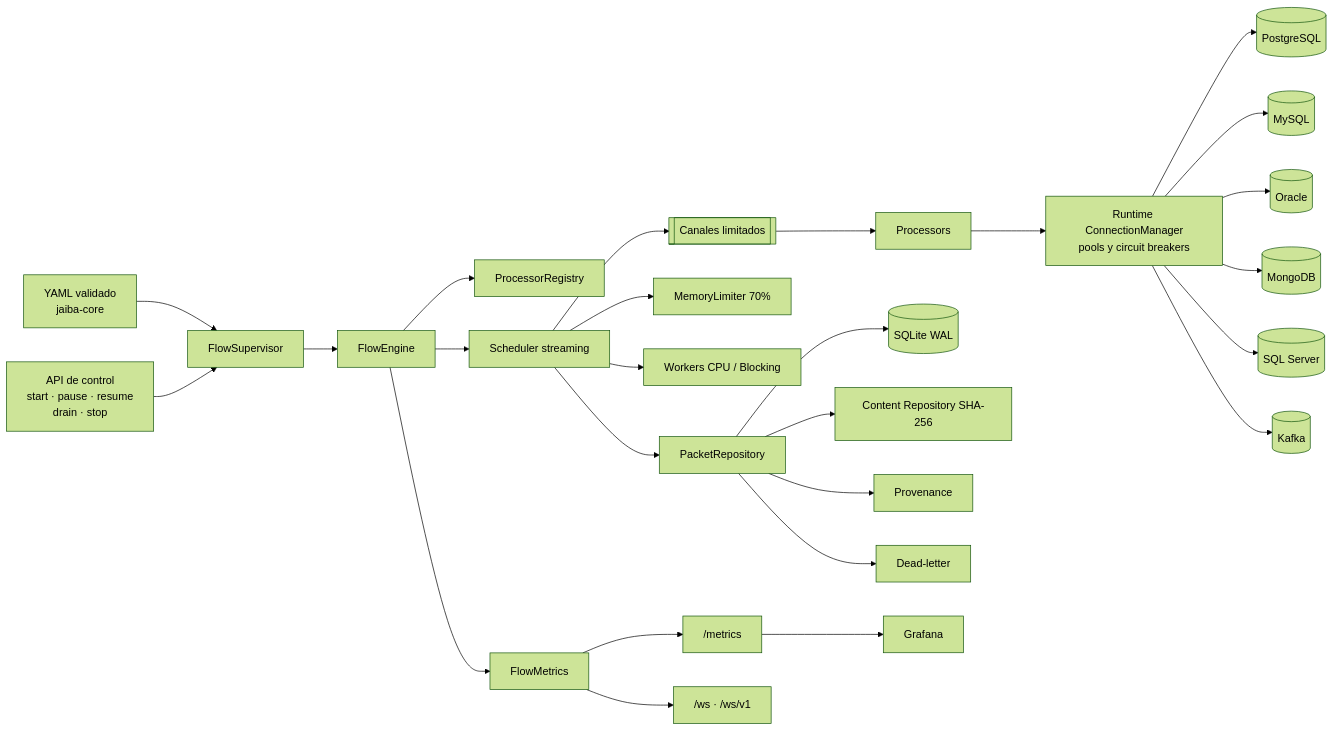
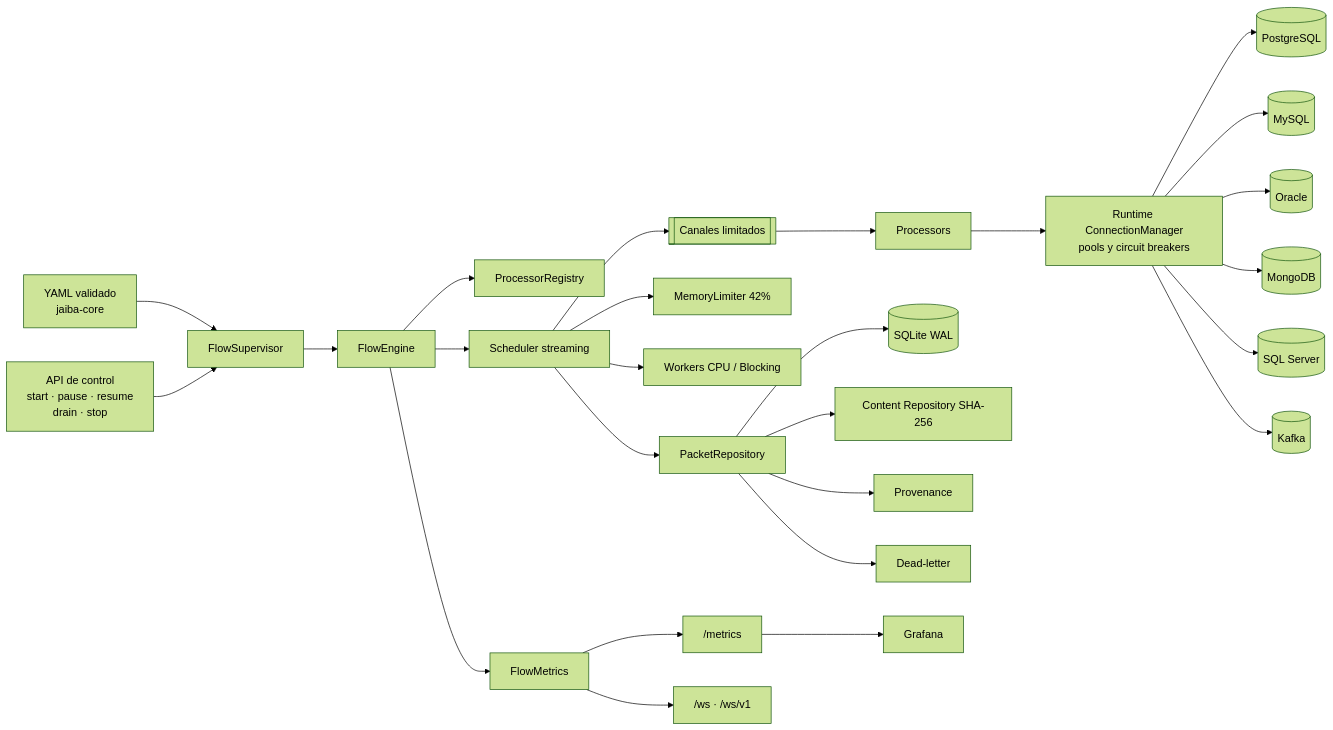
One commit to dfr2098/jaiva changed the diagram in docs/architecture.md. Above: the diagram before and after it, drawn with Mermaid (forest theme). The commit also changed other lines of this file and 18 other files, not shown here.

````diff
--- a/docs/architecture.md
+++ b/docs/architecture.md
@@ -14,32 +14,32 @@
 ```mermaid
 flowchart LR
     CONFIG["YAML validado<br/>jaiba-core"] --> SUPERVISOR["FlowSupervisor"]
     SUPERVISOR --> ENGINE["FlowEngine"]
     ENGINE --> REGISTRY["ProcessorRegistry"]
     ENGINE --> SCHEDULER["Scheduler streaming"]
     SCHEDULER --> CHANNELS[["Canales limitados"]]
     CHANNELS --> PROCESSORS["Processors"]
 
     PROCESSORS --> CONNECTIONS["Runtime ConnectionManager<br/>pools y circuit breakers"]
     CONNECTIONS --> PG[(PostgreSQL)]
     CONNECTIONS --> MYSQL[(MySQL)]
     CONNECTIONS --> ORACLE[(Oracle)]
     CONNECTIONS --> MONGO[(MongoDB)]
     CONNECTIONS --> MSSQL[(SQL Server)]
     CONNECTIONS --> KAFKA[(Kafka)]
 
-    SCHEDULER --> MEMORY["MemoryLimiter 70%"]
+    SCHEDULER --> MEMORY["MemoryLimiter 42%"]
     SCHEDULER --> WORKERS["Workers CPU / Blocking"]
     SCHEDULER --> REPOSITORY["PacketRepository"]
     REPOSITORY --> SQLITE[(SQLite WAL)]
     REPOSITORY --> CONTENT["Content Repository SHA-256"]
 
     ENGINE --> METRICS["FlowMetrics"]
     METRICS --> PROM["/metrics"]
     METRICS --> WS["/ws · /ws/v1"]
     PROM --> GRAFANA["Grafana"]
 
     CONTROL["API de control<br/>start · pause · resume<br/>drain · stop"] --> SUPERVISOR
     REPOSITORY --> PROVENANCE["Provenance"]
     REPOSITORY --> DLQ["Dead-letter"]
 ```
````
